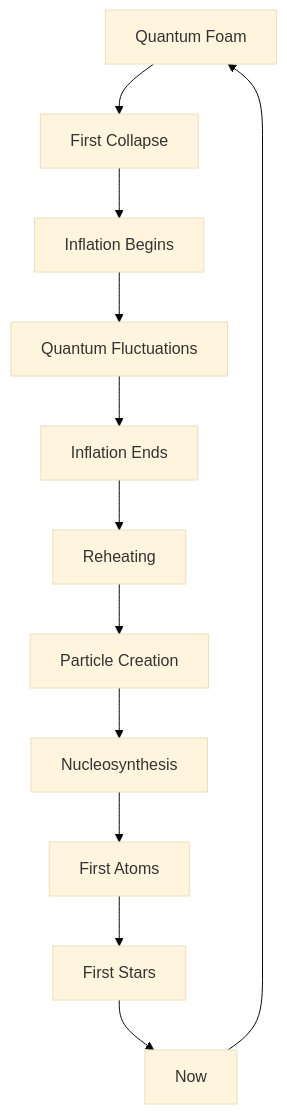
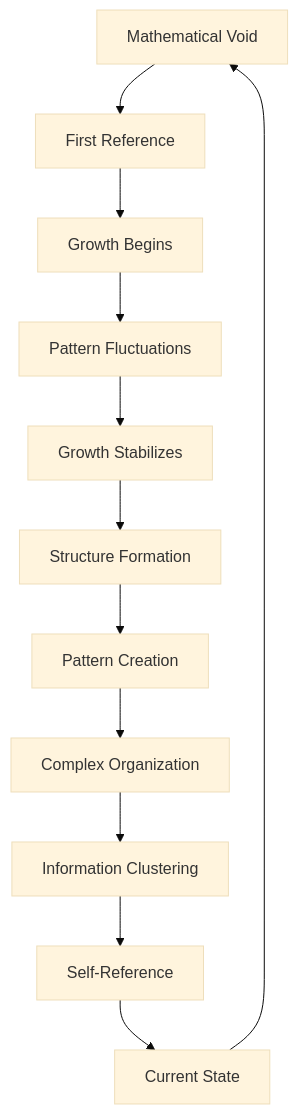
The first of 2 diagrams in docs/psi-structum/book-1-collapse-ontology/part-04-quantum-gravity/chapter-058-big-bang-initial-collapse.md (loning/the-phys), drawn with Mermaid (base theme) before and after one commit. The commit also changed other lines of this file and 19 other files, not shown here.

````diff
--- a/docs/psi-structum/book-1-collapse-ontology/part-04-quantum-gravity/chapter-058-big-bang-initial-collapse.md
+++ b/docs/psi-structum/book-1-collapse-ontology/part-04-quantum-gravity/chapter-058-big-bang-initial-collapse.md
@@ -73,14 +85,14 @@
 ```mermaid
 graph TD
-    A[Quantum Foam] --> B[First Collapse]
-    B --> C[Inflation Begins]
-    C --> D[Quantum Fluctuations]
-    D --> E[Inflation Ends]
-    E --> F[Reheating]
-    F --> G[Particle Creation]
-    G --> H[Nucleosynthesis]
-    H --> I[First Atoms]
-    I --> J[First Stars]
-    J --> K[Now]
+    A[Mathematical Void] --> B[First Reference]
+    B --> C[Growth Begins]
+    C --> D[Pattern Fluctuations]
+    D --> E[Growth Stabilizes]
+    E --> F[Structure Formation]
+    F --> G[Pattern Creation]
+    G --> H[Complex Organization]
+    H --> I[Information Clustering]
+    I --> J[Self-Reference]
+    J --> K[Current State]
     K --> A
 ```
````
